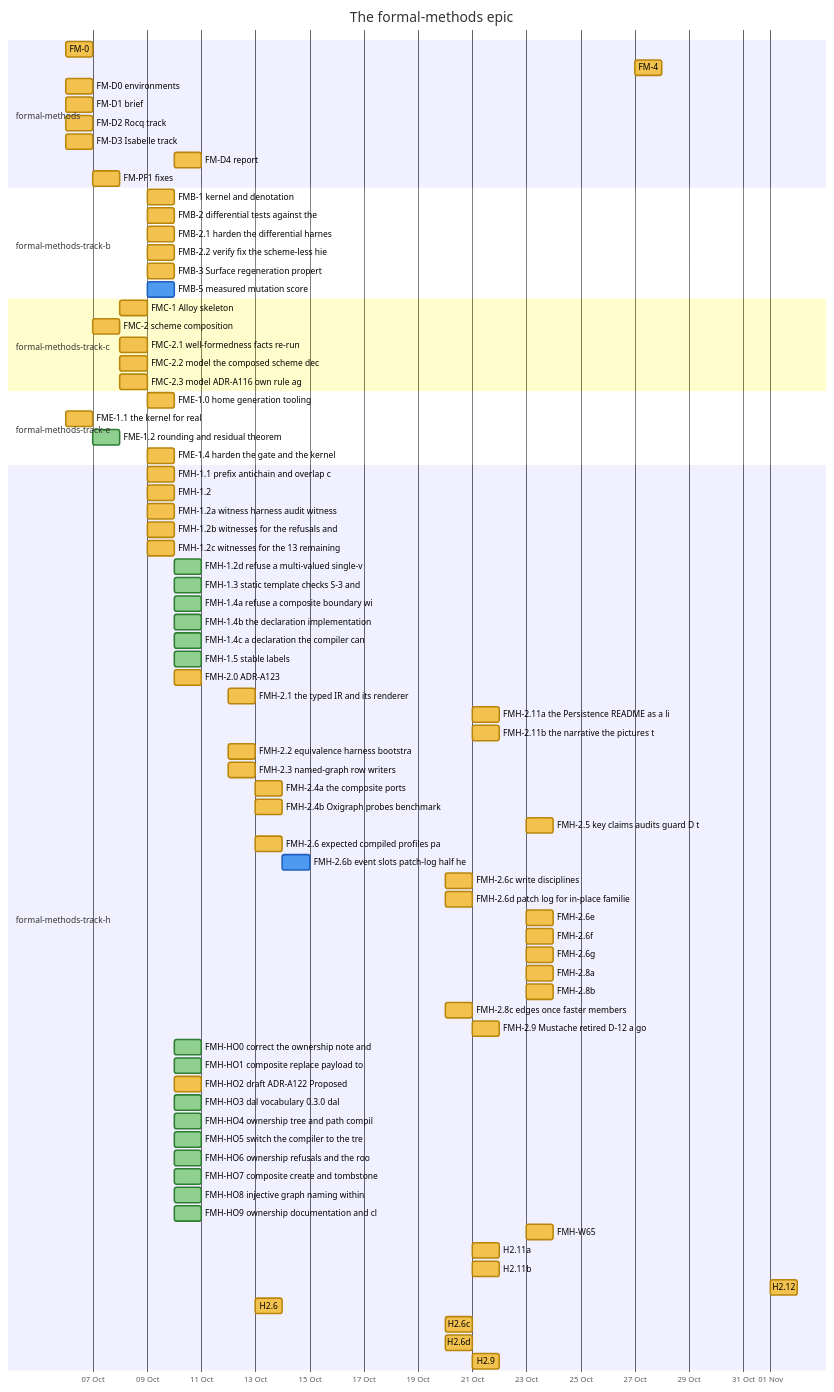
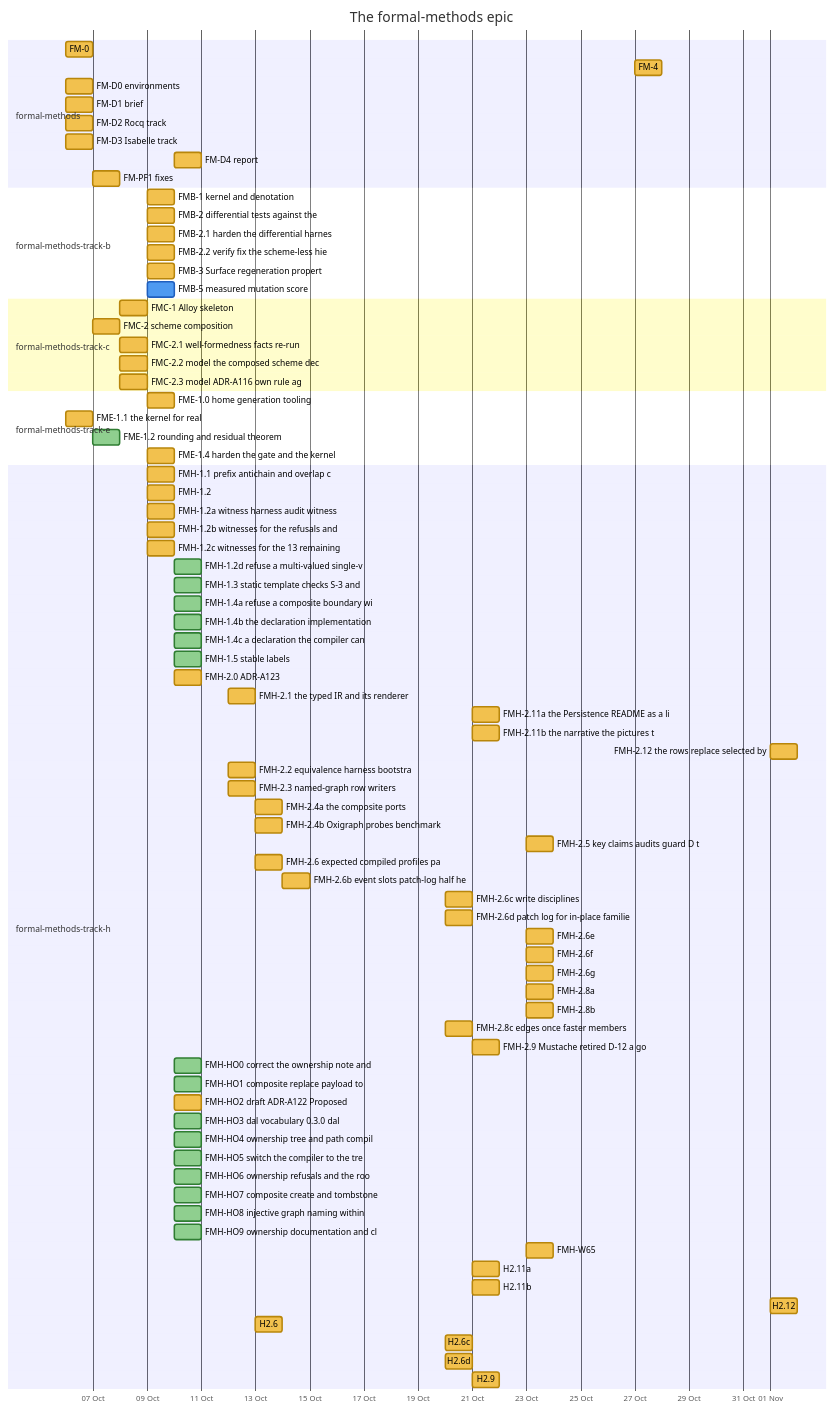
The third of 26 diagrams in docs/developer/ROADMAP.md (nebularis/lattice), drawn with Mermaid before and after one commit. The commit also changed other lines of this file and 297 other files, not shown here.

```diff
--- a/docs/developer/ROADMAP.md
+++ b/docs/developer/ROADMAP.md
@@ -154,13 +154,14 @@
     FMH-2.1 the typed IR and its renderer :fmh21, 2026-10-12, 2026-10-13
     FMH-2.11a the Persistence README as a li :fmh211a, 2026-10-21, 2026-10-22
     FMH-2.11b the narrative the pictures t :fmh211b, 2026-10-21, 2026-10-22
+    FMH-2.12 the rows replace selected by :fmh212, 2026-11-01, 2026-11-02
     FMH-2.2 equivalence harness bootstra :fmh22, 2026-10-12, 2026-10-13
     FMH-2.3 named-graph row writers :fmh23, 2026-10-12, 2026-10-13
     FMH-2.4a the composite ports :fmh24a, 2026-10-13, 2026-10-14
     FMH-2.4b Oxigraph probes benchmark :fmh24b, 2026-10-13, 2026-10-14
     FMH-2.5 key claims audits guard D t :fmh25, 2026-10-23, 2026-10-24
     FMH-2.6 expected compiled profiles pa :fmh26, 2026-10-13, 2026-10-14
-    FMH-2.6b event slots patch-log half he :active, fmh26b, 2026-10-14, 2026-10-15
+    FMH-2.6b event slots patch-log half he :fmh26b, 2026-10-14, 2026-10-15
     FMH-2.6c write disciplines :fmh26c, 2026-10-20, 2026-10-21
     FMH-2.6d patch log for in-place familie :fmh26d, 2026-10-20, 2026-10-21
     FMH-2.6e :fmh26e, 2026-10-23, 2026-10-24
```
